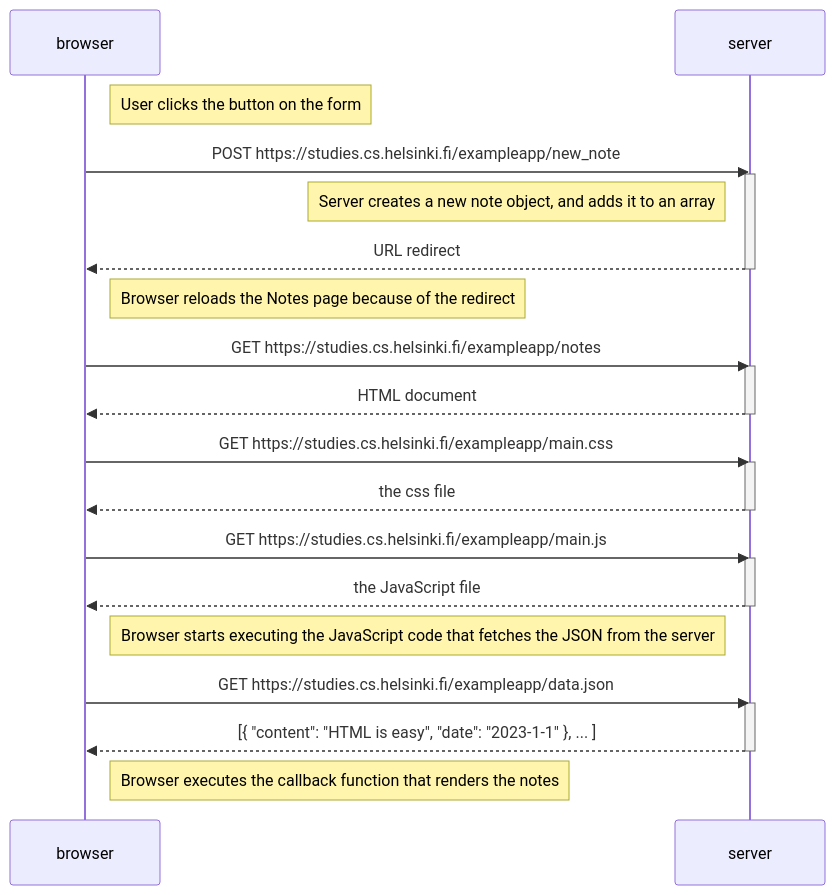
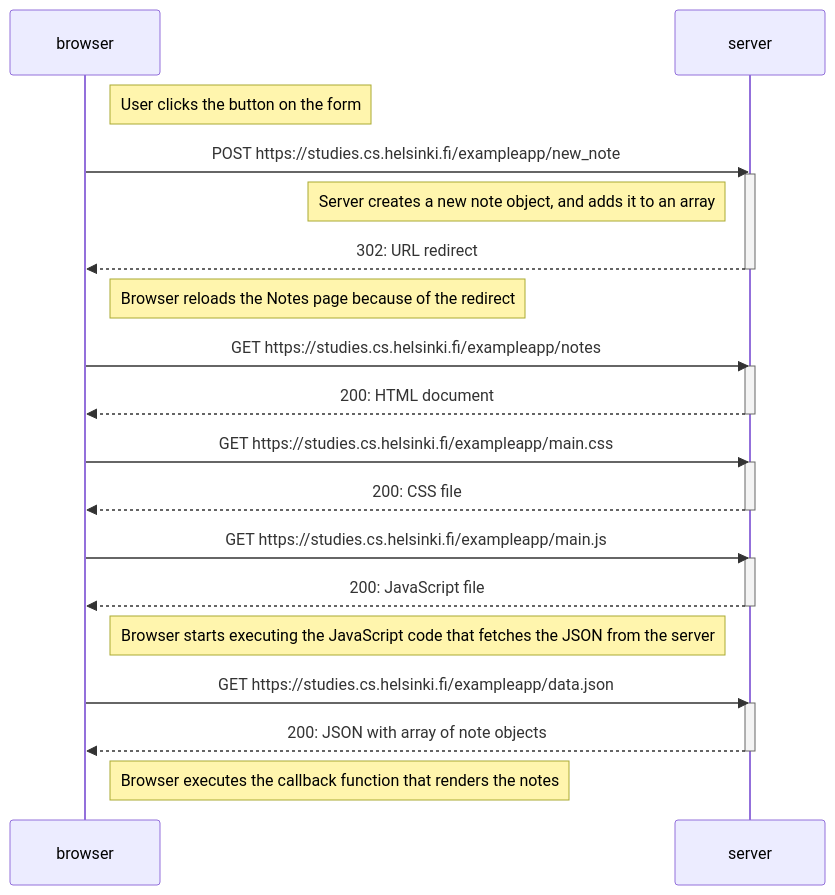
One commit to Dallair220/part0 changed the diagram in README.md. Above: the diagram before and after it, drawn with Mermaid.

````diff
--- a/README.md
+++ b/README.md
@@ -6,39 +6,39 @@
 ```mermaid
 sequenceDiagram
     participant browser
     participant server
 
     Note right of browser: User clicks the button on the form
 
     browser->>server: POST https://studies.cs.helsinki.fi/exampleapp/new_note
     activate server
     Note left of server: Server creates a new note object, and adds it to an array
-    server-->>browser: URL redirect
+    server-->>browser: 302: URL redirect
     deactivate server
 
     Note right of browser: Browser reloads the Notes page because of the redirect
 
     browser->>server: GET https://studies.cs.helsinki.fi/exampleapp/notes
     activate server
-    server-->>browser: HTML document
+    server-->>browser: 200: HTML document
     deactivate server
 
     browser->>server: GET https://studies.cs.helsinki.fi/exampleapp/main.css
     activate server
-    server-->>browser: the css file
+    server-->>browser: 200: CSS file
     deactivate server
 
     browser->>server: GET https://studies.cs.helsinki.fi/exampleapp/main.js
     activate server
-    server-->>browser: the JavaScript file
+    server-->>browser: 200: JavaScript file
     deactivate server
 
     Note right of browser: Browser starts executing the JavaScript code that fetches the JSON from the server
 
     browser->>server: GET https://studies.cs.helsinki.fi/exampleapp/data.json
     activate server
-    server-->>browser: [{ "content": "HTML is easy", "date": "2023-1-1" }, ... ]
+    server-->>browser: 200: JSON with array of note objects
     deactivate server
 
     Note right of browser: Browser executes the callback function that renders the notes
 ```
````
